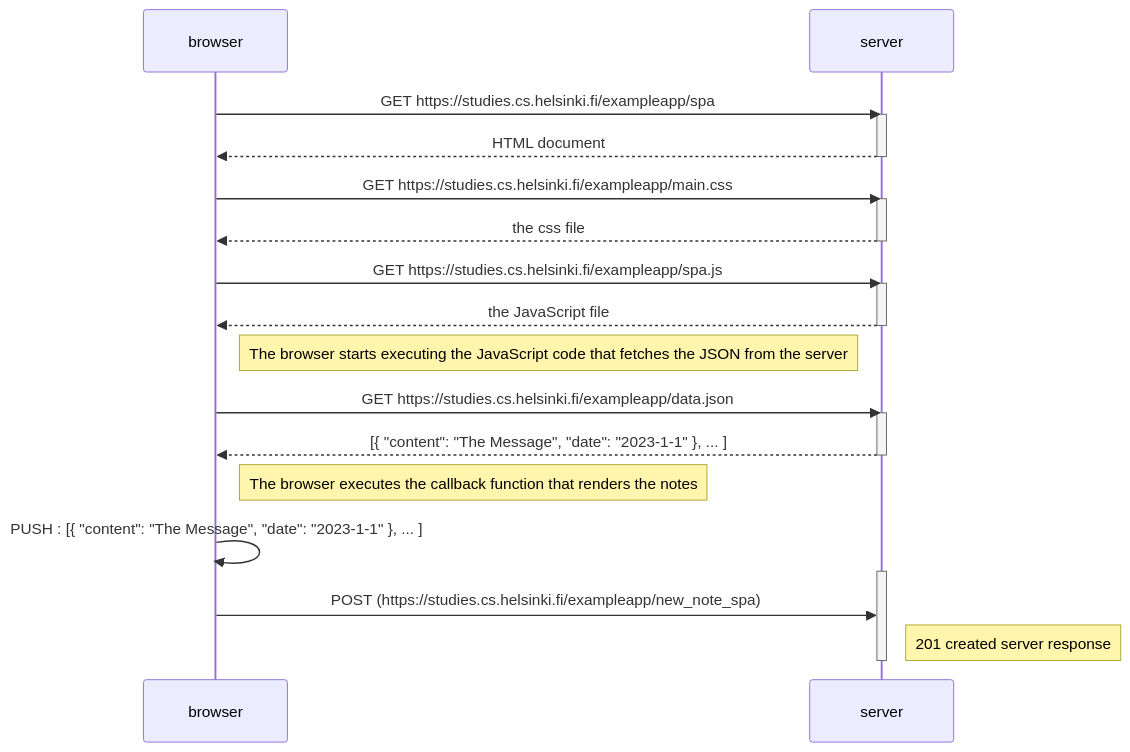
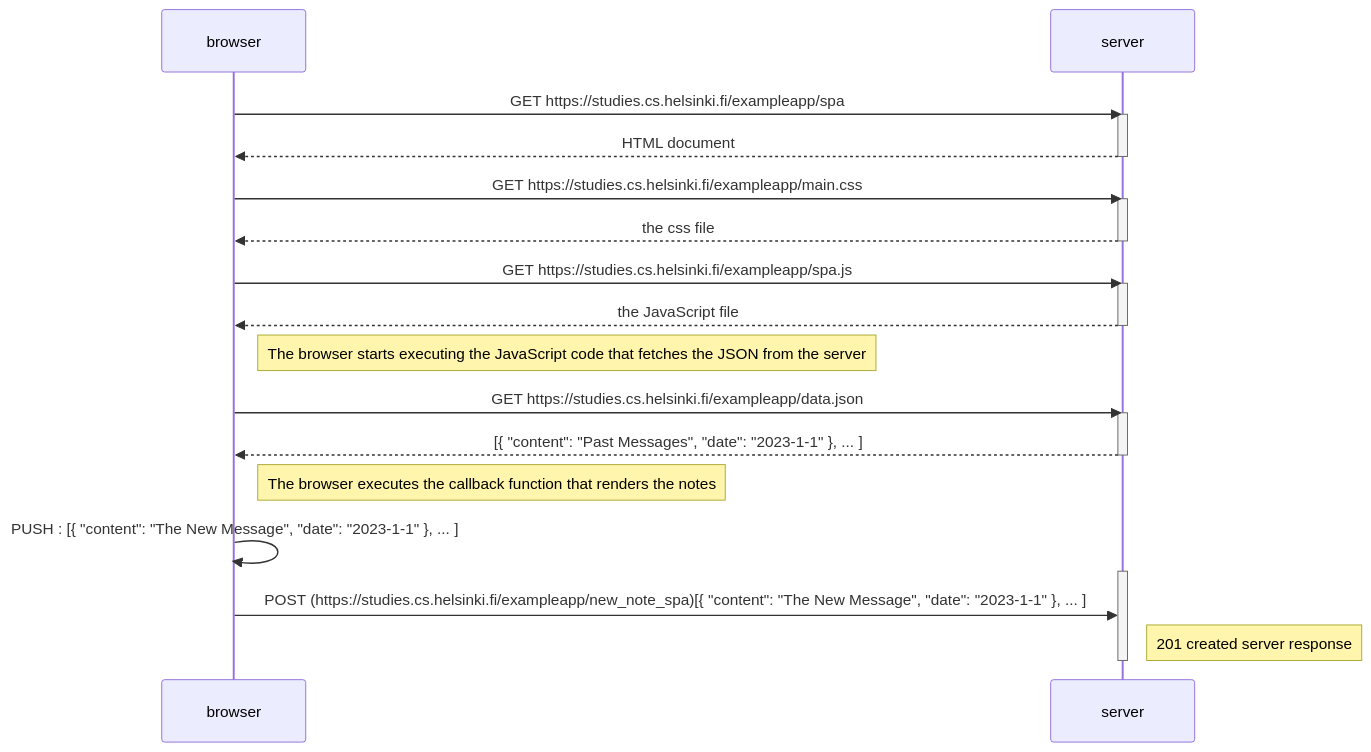
The diagram in 0.6 New Note in SPA.md (RobbThompson/FullStackOpen), drawn with Mermaid before and after one commit.

Commit message:
Update 0.6 New Note in SPA.md

````diff
--- a/0.6 New Note in SPA.md
+++ b/0.6 New Note in SPA.md
@@ -1,35 +1,35 @@
 ```mermaid
 sequenceDiagram
     participant browser
     participant server
 
     browser->>server: GET https://studies.cs.helsinki.fi/exampleapp/spa
     activate server
     server-->>browser: HTML document
     deactivate server
 
     browser->>server: GET https://studies.cs.helsinki.fi/exampleapp/main.css
     activate server
     server-->>browser: the css file
     deactivate server
 
     browser->>server: GET https://studies.cs.helsinki.fi/exampleapp/spa.js
     activate server
     server-->>browser: the JavaScript file
     deactivate server
 
     Note right of browser: The browser starts executing the JavaScript code that fetches the JSON from the server
 
     browser->>server: GET https://studies.cs.helsinki.fi/exampleapp/data.json
     activate server
-    server-->>browser: [{ "content": "The Message", "date": "2023-1-1" }, ... ]
+    server-->>browser: [{ "content": "Past Messages", "date": "2023-1-1" }, ... ]
     deactivate server
 
 Note right of browser: The browser executes the callback function that renders the notes
 
-    browser->>browser: PUSH : [{ "content": "The Message", "date": "2023-1-1" }, ... ]
+    browser->>browser: PUSH : [{ "content": "The New Message", "date": "2023-1-1" }, ... ]
     activate server
-    browser->>server: POST (https://studies.cs.helsinki.fi/exampleapp/new_note_spa)
+    browser->>server: POST (https://studies.cs.helsinki.fi/exampleapp/new_note_spa)[{ "content": "The New Message", "date": "2023-1-1" }, ... ]
     Note right of server: 201 created server response
     deactivate server
 ```
````
